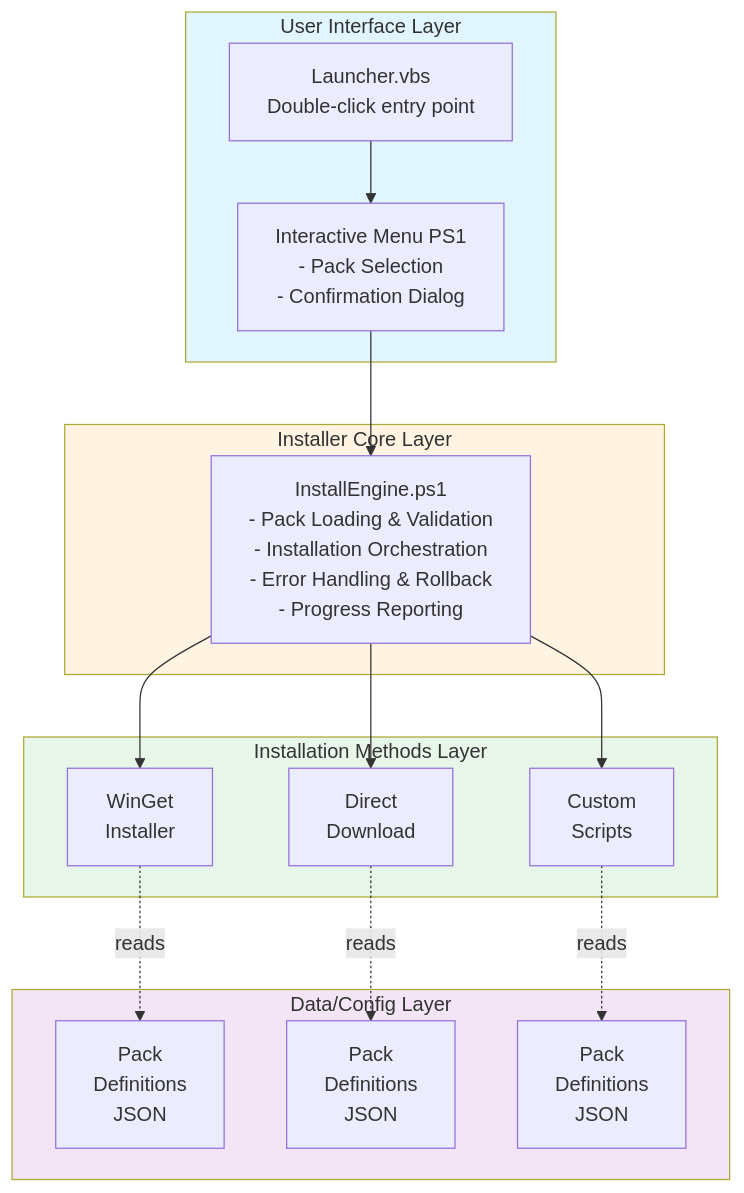
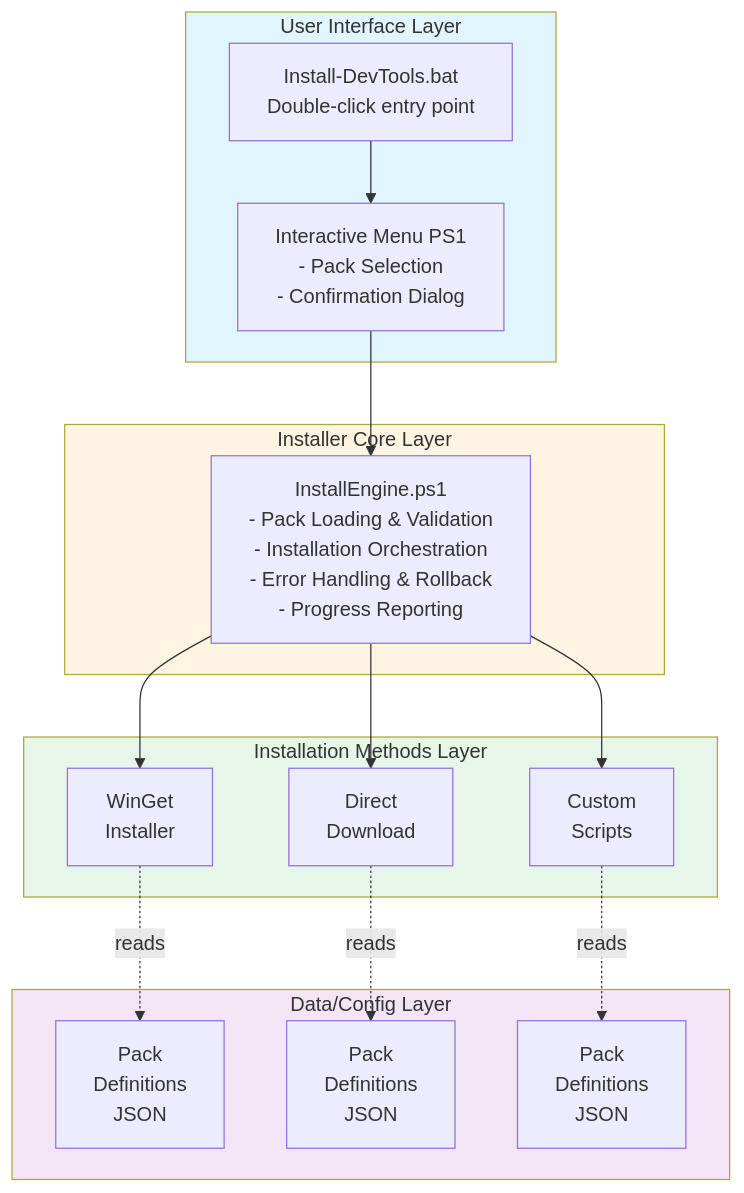
Before and after one commit to igamenovoer/lanren-ai: the first of 4 diagrams in context/design/design-of-ps1-installer.md, drawn with Mermaid. The commit also changed other lines of this file and 11 other files, not shown here.

````diff
--- a/context/design/design-of-ps1-installer.md
+++ b/context/design/design-of-ps1-installer.md
@@ -36,37 +36,37 @@
 ```mermaid
 graph TB
     subgraph UI["User Interface Layer"]
-        Launcher[Launcher.vbs<br/>Double-click entry point]
+        Launcher[Install-DevTools.bat<br/>Double-click entry point]
         Menu[Interactive Menu PS1<br/>- Pack Selection<br/>- Confirmation Dialog]
         Launcher --> Menu
     end
 
     subgraph Core["Installer Core Layer"]
         Engine[InstallEngine.ps1<br/>- Pack Loading & Validation<br/>- Installation Orchestration<br/>- Error Handling & Rollback<br/>- Progress Reporting]
     end
 
     subgraph Methods["Installation Methods Layer"]
         WinGet[WinGet<br/>Installer]
         Direct[Direct<br/>Download]
         Custom[Custom<br/>Scripts]
     end
 
     subgraph Data["Data/Config Layer"]
         Pack1[Pack<br/>Definitions<br/>JSON]
         Pack2[Pack<br/>Definitions<br/>JSON]
         Pack3[Pack<br/>Definitions<br/>JSON]
     end
 
     Menu --> Engine
     Engine --> WinGet
     Engine --> Direct
     Engine --> Custom
     WinGet -.reads.-> Pack1
     Direct -.reads.-> Pack2
     Custom -.reads.-> Pack3
 
     style UI fill:#e1f5ff
     style Core fill:#fff4e1
     style Methods fill:#e8f5e9
     style Data fill:#f3e5f5
 ```
````
